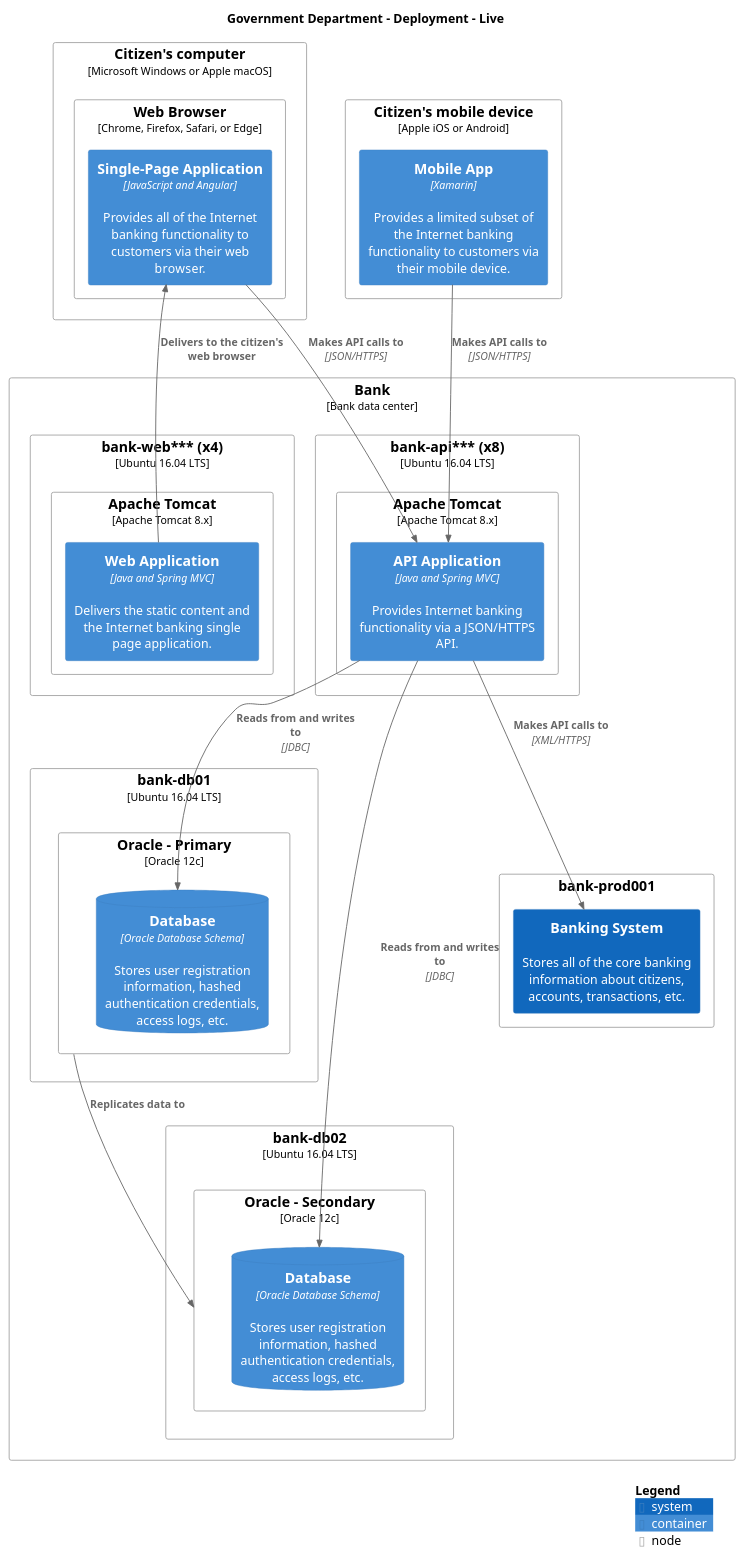
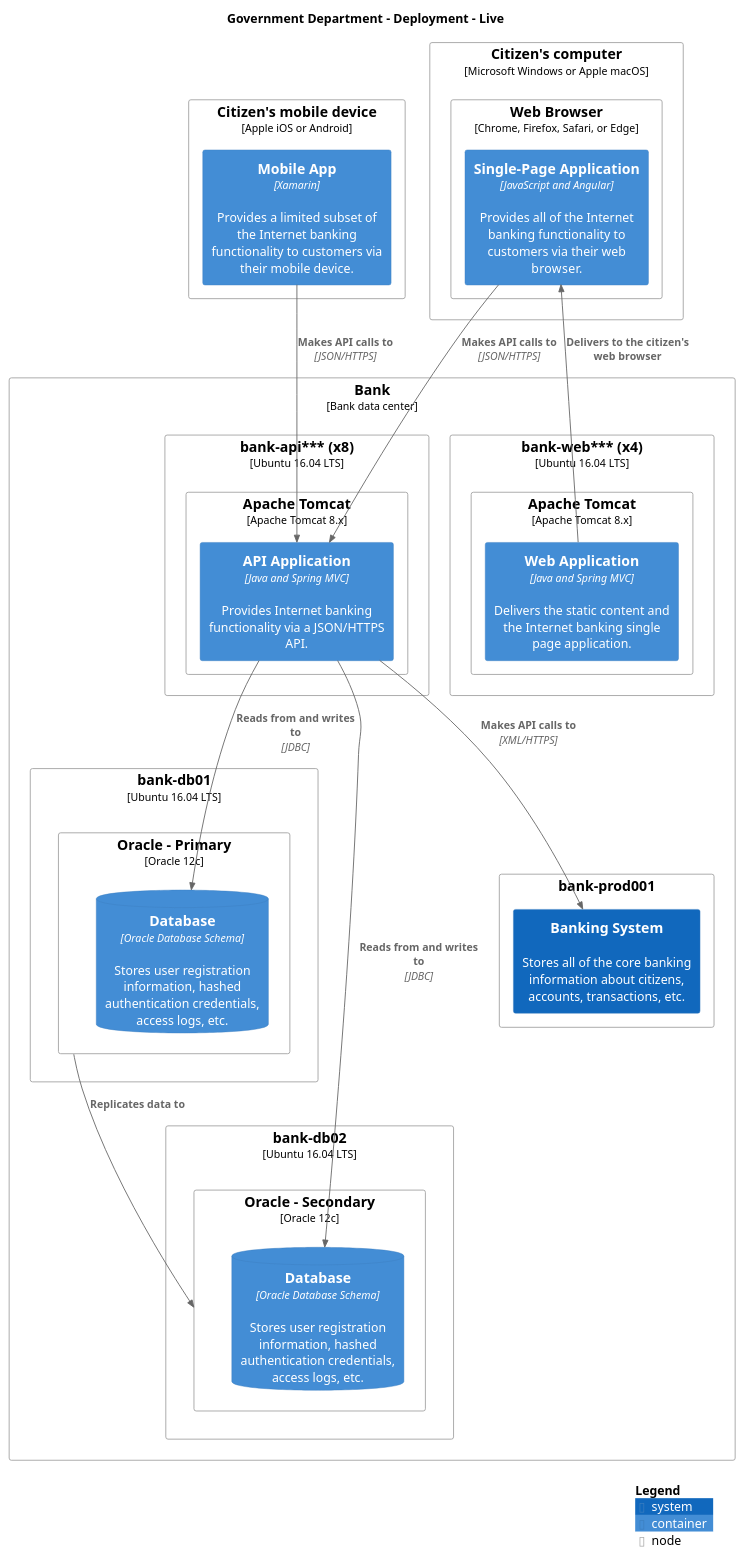
One commit to madetech/structurizr-template changed the diagram in main/puml/LiveDeployment.puml. Above: the diagram before and after it, drawn with PlantUML. The commit also changed 73 other files, not shown here.

```diff
--- a/main/puml/LiveDeployment.puml
+++ b/main/puml/LiveDeployment.puml
@@ -1,67 +1,67 @@
 @startuml
 set separator none
 title Government Department - Deployment - Live
 
 top to bottom direction
 
-!include https://raw.githubusercontent.com/plantuml-stdlib/C4-PlantUML/master/C4.puml
-!include https://raw.githubusercontent.com/plantuml-stdlib/C4-PlantUML/master/C4_Context.puml
-!include https://raw.githubusercontent.com/plantuml-stdlib/C4-PlantUML/master/C4_Container.puml
-!include https://raw.githubusercontent.com/plantuml-stdlib/C4-PlantUML/master/C4_Deployment.puml
+!include <C4/C4>
+!include <C4/C4_Context>
+!include <C4/C4_Container>
+!include <C4/C4_Deployment>
 
-Deployment_Node(Live.Citizenscomputer, "Citizen's computer", "Microsoft Windows or Apple macOS", $tags="") {
-  Deployment_Node(Live.Citizenscomputer.WebBrowser, "Web Browser", "Chrome, Firefox, Safari, or Edge", $tags="") {
-    Container(Live.Citizenscomputer.WebBrowser.SinglePageApplication_1, "Single-Page Application", "JavaScript and Angular", "Provides all of the Internet banking functionality to customers via their web browser.", $tags="")
+Deployment_Node(Live.Citizensmobiledevice, "Citizen's mobile device", $type="Apple iOS or Android", $tags="", $link="") {
+  Container(Live.Citizensmobiledevice.MobileApp_1, "Mobile App", $techn="Xamarin", $descr="Provides a limited subset of the Internet banking functionality to customers via their mobile device.", $tags="", $link="")
+}
+
+Deployment_Node(Live.Citizenscomputer, "Citizen's computer", $type="Microsoft Windows or Apple macOS", $tags="", $link="") {
+  Deployment_Node(Live.Citizenscomputer.WebBrowser, "Web Browser", $type="Chrome, Firefox, Safari, or Edge", $tags="", $link="") {
+    Container(Live.Citizenscomputer.WebBrowser.SinglePageApplication_1, "Single-Page Application", $techn="JavaScript and Angular", $descr="Provides all of the Internet banking functionality to customers via their web browser.", $tags="", $link="")
   }
 
 }
 
-Deployment_Node(Live.Bank, "Bank", "Bank data center", $tags="") {
-  Deployment_Node(Live.Bank.bankapi, "bank-api*** (x8)", "Ubuntu 16.04 LTS", $tags="") {
-    Deployment_Node(Live.Bank.bankapi.ApacheTomcat, "Apache Tomcat", "Apache Tomcat 8.x", $tags="") {
-      Container(Live.Bank.bankapi.ApacheTomcat.APIApplication_1, "API Application", "Java and Spring MVC", "Provides Internet banking functionality via a JSON/HTTPS API.", $tags="")
+Deployment_Node(Live.Bank, "Bank", $type="Bank data center", $tags="", $link="") {
+  Deployment_Node(Live.Bank.bankweb, "bank-web*** (x4)", $type="Ubuntu 16.04 LTS", $tags="", $link="") {
+    Deployment_Node(Live.Bank.bankweb.ApacheTomcat, "Apache Tomcat", $type="Apache Tomcat 8.x", $tags="", $link="") {
+      Container(Live.Bank.bankweb.ApacheTomcat.WebApplication_1, "Web Application", $techn="Java and Spring MVC", $descr="Delivers the static content and the Internet banking single page application.", $tags="", $link="")
     }
 
   }
 
-  Deployment_Node(Live.Bank.bankdb01, "bank-db01", "Ubuntu 16.04 LTS", $tags="") {
-    Deployment_Node(Live.Bank.bankdb01.OraclePrimary, "Oracle - Primary", "Oracle 12c", $tags="") {
-      ContainerDb(Live.Bank.bankdb01.OraclePrimary.Database_1, "Database", "Oracle Database Schema", "Stores user registration information, hashed authentication credentials, access logs, etc.", $tags="")
+  Deployment_Node(Live.Bank.bankapi, "bank-api*** (x8)", $type="Ubuntu 16.04 LTS", $tags="", $link="") {
+    Deployment_Node(Live.Bank.bankapi.ApacheTomcat, "Apache Tomcat", $type="Apache Tomcat 8.x", $tags="", $link="") {
+      Container(Live.Bank.bankapi.ApacheTomcat.APIApplication_1, "API Application", $techn="Java and Spring MVC", $descr="Provides Internet banking functionality via a JSON/HTTPS API.", $tags="", $link="")
     }
 
   }
 
-  Deployment_Node(Live.Bank.bankdb02, "bank-db02", "Ubuntu 16.04 LTS", $tags="") {
-    Deployment_Node(Live.Bank.bankdb02.OracleSecondary, "Oracle - Secondary", "Oracle 12c", $tags="") {
-      ContainerDb(Live.Bank.bankdb02.OracleSecondary.Database_1, "Database", "Oracle Database Schema", "Stores user registration information, hashed authentication credentials, access logs, etc.", $tags="")
+  Deployment_Node(Live.Bank.bankdb01, "bank-db01", $type="Ubuntu 16.04 LTS", $tags="", $link="") {
+    Deployment_Node(Live.Bank.bankdb01.OraclePrimary, "Oracle - Primary", $type="Oracle 12c", $tags="", $link="") {
+      ContainerDb(Live.Bank.bankdb01.OraclePrimary.Database_1, "Database", $techn="Oracle Database Schema", $descr="Stores user registration information, hashed authentication credentials, access logs, etc.", $tags="", $link="")
     }
 
   }
 
-  Deployment_Node(Live.Bank.bankprod001, "bank-prod001", $tags="") {
-    System(Live.Bank.bankprod001.BankingSystem_1, "Banking System", "Stores all of the core banking information about citizens, accounts, transactions, etc.", $tags="")
-  }
-
-  Deployment_Node(Live.Bank.bankweb, "bank-web*** (x4)", "Ubuntu 16.04 LTS", $tags="") {
-    Deployment_Node(Live.Bank.bankweb.ApacheTomcat, "Apache Tomcat", "Apache Tomcat 8.x", $tags="") {
-      Container(Live.Bank.bankweb.ApacheTomcat.WebApplication_1, "Web Application", "Java and Spring MVC", "Delivers the static content and the Internet banking single page application.", $tags="")
+  Deployment_Node(Live.Bank.bankdb02, "bank-db02", $type="Ubuntu 16.04 LTS", $tags="", $link="") {
+    Deployment_Node(Live.Bank.bankdb02.OracleSecondary, "Oracle - Secondary", $type="Oracle 12c", $tags="", $link="") {
+      ContainerDb(Live.Bank.bankdb02.OracleSecondary.Database_1, "Database", $techn="Oracle Database Schema", $descr="Stores user registration information, hashed authentication credentials, access logs, etc.", $tags="", $link="")
     }
 
   }
 
+  Deployment_Node(Live.Bank.bankprod001, "bank-prod001", $type="", $tags="", $link="") {
+    System(Live.Bank.bankprod001.BankingSystem_1, "Banking System", $descr="Stores all of the core banking information about citizens, accounts, transactions, etc.", $tags="", $link="")
+  }
+
 }
 
-Deployment_Node(Live.Citizensmobiledevice, "Citizen's mobile device", "Apple iOS or Android", $tags="") {
-  Container(Live.Citizensmobiledevice.MobileApp_1, "Mobile App", "Xamarin", "Provides a limited subset of the Internet banking functionality to customers via their mobile device.", $tags="")
-}
-
-Rel_D(Live.Bank.bankweb.ApacheTomcat.WebApplication_1, Live.Citizenscomputer.WebBrowser.SinglePageApplication_1, "Delivers to the citizen's web browser", $tags="")
-Rel_D(Live.Citizenscomputer.WebBrowser.SinglePageApplication_1, Live.Bank.bankapi.ApacheTomcat.APIApplication_1, "Makes API calls to", "JSON/HTTPS", $tags="")
-Rel_D(Live.Citizensmobiledevice.MobileApp_1, Live.Bank.bankapi.ApacheTomcat.APIApplication_1, "Makes API calls to", "JSON/HTTPS", $tags="")
-Rel_D(Live.Bank.bankapi.ApacheTomcat.APIApplication_1, Live.Bank.bankdb01.OraclePrimary.Database_1, "Reads from and writes to", "JDBC", $tags="")
-Rel_D(Live.Bank.bankapi.ApacheTomcat.APIApplication_1, Live.Bank.bankdb02.OracleSecondary.Database_1, "Reads from and writes to", "JDBC", $tags="")
-Rel_D(Live.Bank.bankapi.ApacheTomcat.APIApplication_1, Live.Bank.bankprod001.BankingSystem_1, "Makes API calls to", "XML/HTTPS", $tags="")
-Rel_D(Live.Bank.bankdb01.OraclePrimary, Live.Bank.bankdb02.OracleSecondary, "Replicates data to", $tags="")
+Rel_D(Live.Bank.bankweb.ApacheTomcat.WebApplication_1, Live.Citizenscomputer.WebBrowser.SinglePageApplication_1, "Delivers to the citizen's web browser", $techn="", $tags="", $link="")
+Rel_D(Live.Citizensmobiledevice.MobileApp_1, Live.Bank.bankapi.ApacheTomcat.APIApplication_1, "Makes API calls to", $techn="JSON/HTTPS", $tags="", $link="")
+Rel_D(Live.Citizenscomputer.WebBrowser.SinglePageApplication_1, Live.Bank.bankapi.ApacheTomcat.APIApplication_1, "Makes API calls to", $techn="JSON/HTTPS", $tags="", $link="")
+Rel_D(Live.Bank.bankapi.ApacheTomcat.APIApplication_1, Live.Bank.bankdb01.OraclePrimary.Database_1, "Reads from and writes to", $techn="JDBC", $tags="", $link="")
+Rel_D(Live.Bank.bankapi.ApacheTomcat.APIApplication_1, Live.Bank.bankdb02.OracleSecondary.Database_1, "Reads from and writes to", $techn="JDBC", $tags="", $link="")
+Rel_D(Live.Bank.bankapi.ApacheTomcat.APIApplication_1, Live.Bank.bankprod001.BankingSystem_1, "Makes API calls to", $techn="XML/HTTPS", $tags="", $link="")
+Rel_D(Live.Bank.bankdb01.OraclePrimary, Live.Bank.bankdb02.OracleSecondary, "Replicates data to", $techn="", $tags="", $link="")
 
 SHOW_LEGEND(true)
 @enduml
```
